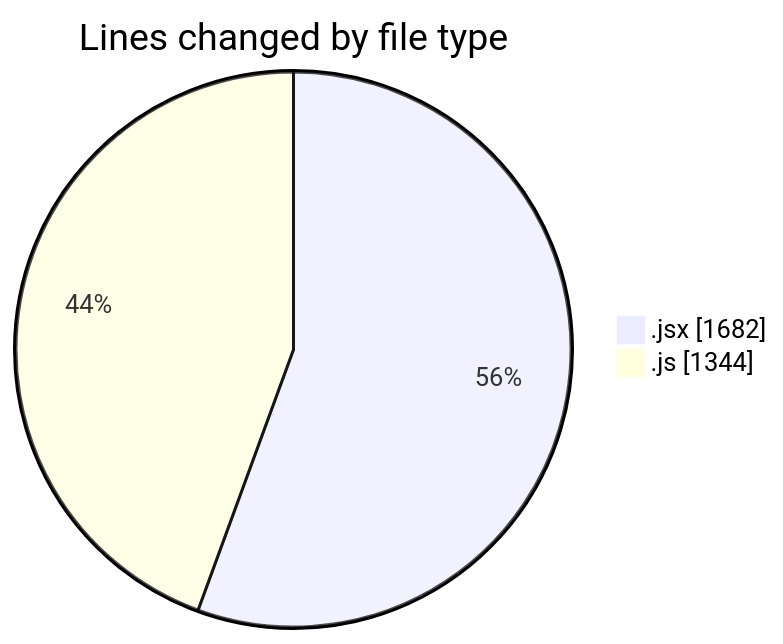
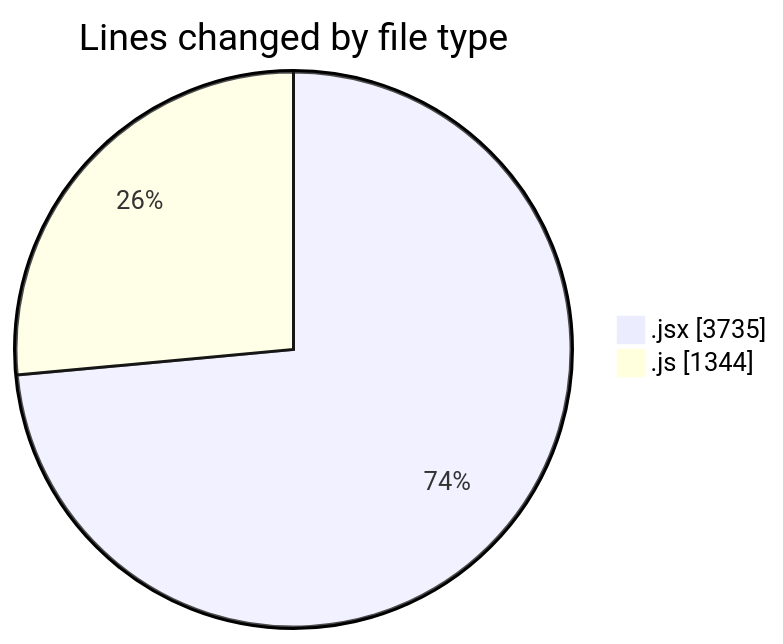
One commit to nxtqubesakshisongat/code-tracking changed the first of 2 diagrams in 2025-11-06/nxtqube_webapp/README.md. Above: the diagram before and after it, drawn with Mermaid. The commit also changed other lines of this file and 1 other file, not shown here.

````diff
--- a/2025-11-06/nxtqube_webapp/README.md
+++ b/2025-11-06/nxtqube_webapp/README.md
@@ -28,6 +29,6 @@
 ```mermaid
 pie showData
 title Lines changed by file type
-".jsx" : 1682
+".jsx" : 3735
 ".js" : 1344
 ```
````
